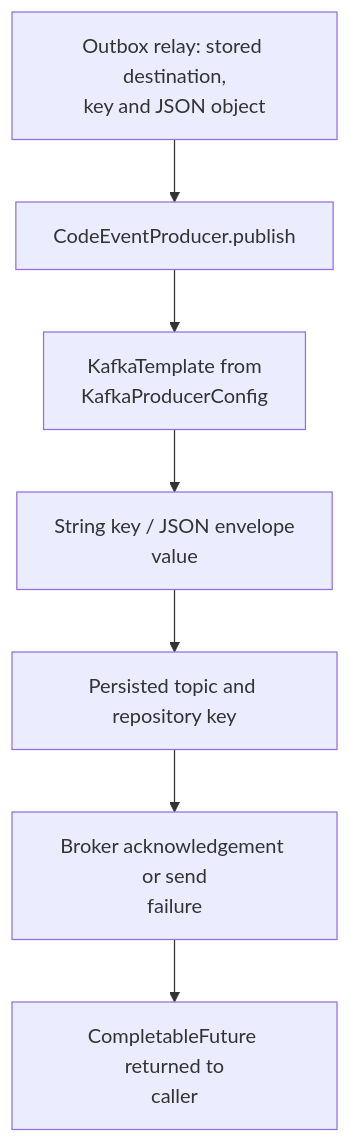
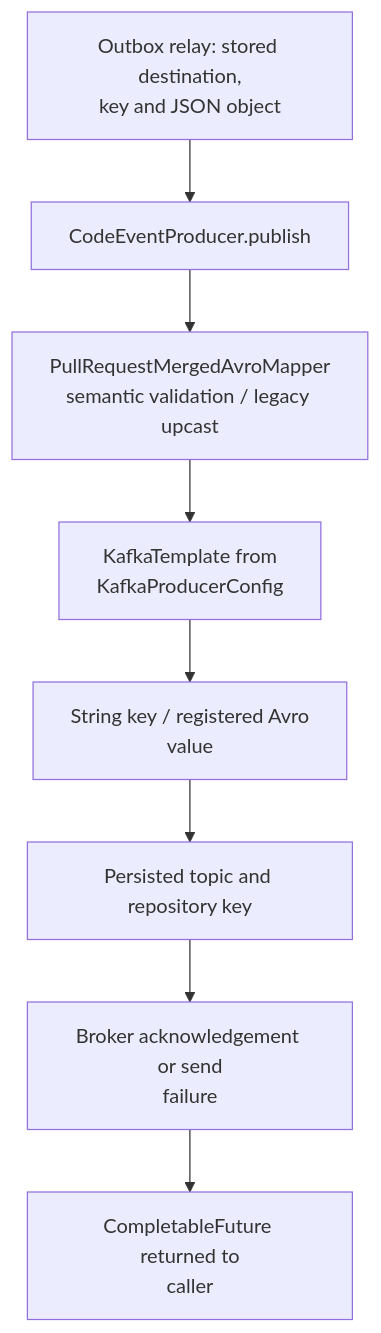
One commit to ChangeGuardHQ/changuard-platform changed the seventh of 12 diagrams in backend/README.md. Above: the diagram before and after it, drawn with Mermaid. The commit also changed other lines of this file and 53 other files, not shown here.

````diff
--- a/backend/README.md
+++ b/backend/README.md
@@ -528,9 +553,10 @@
 ```mermaid
 flowchart TD
     Caller["Outbox relay: stored destination,<br/>key and JSON object"] --> Producer["CodeEventProducer.publish"]
-    Producer --> Template["KafkaTemplate from<br/>KafkaProducerConfig"]
-    Template --> Serializer["String key / JSON envelope<br/>value"]
+    Producer --> Mapper["PullRequestMergedAvroMapper<br/>semantic validation / legacy upcast"]
+    Mapper --> Template["KafkaTemplate from<br/>KafkaProducerConfig"]
+    Template --> Serializer["String key / registered Avro<br/>value"]
     Serializer --> Topic["Persisted topic and repository key"]
     Topic --> Result["Broker acknowledgement or send<br/>failure"]
     Result --> Future["CompletableFuture returned to<br/>caller"]
 ```
````
